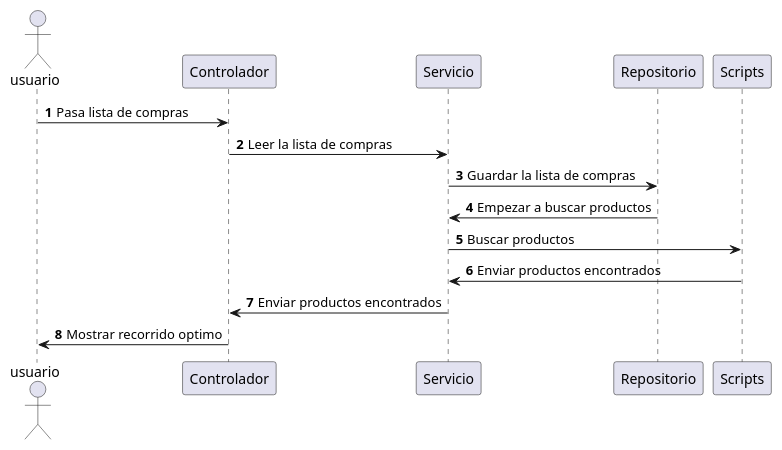
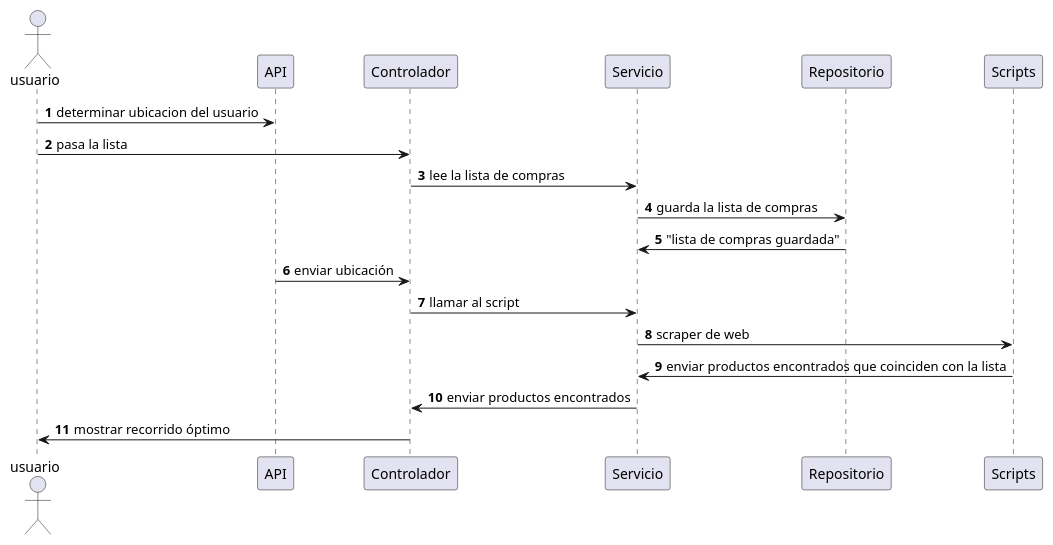
Before and after one commit to sssdark302/nurburgring: the diagram in UMLs/secuencia.puml, drawn with PlantUML. The commit also changed 2 other files, not shown here.

```diff
--- a/UMLs/secuencia.puml
+++ b/UMLs/secuencia.puml
@@ -1,13 +1,16 @@
 @startuml
 autonumber
 actor usuario
-usuario -> "Controlador" : Pasa lista de compras
-"Controlador" -> "Servicio" : Leer la lista de compras
-"Servicio" -> "Repositorio" : Guardar la lista de compras
-"Repositorio" -> "Servicio" : Empezar a buscar productos
-"Servicio" -> "Scripts" : Buscar productos
-"Scripts" -> "Servicio" : Enviar productos encontrados
-"Servicio" -> "Controlador" : Enviar productos encontrados
-"Controlador" -> usuario : Mostrar recorrido optimo
+usuario -> "API" : determinar ubicacion del usuario
+usuario -> "Controlador" : pasa la lista
+"Controlador" -> "Servicio" : lee la lista de compras
+"Servicio" -> "Repositorio" : guarda la lista de compras
+"Repositorio" -> "Servicio" : "lista de compras guardada"
+"API" -> "Controlador": enviar ubicación
+"Controlador" -> "Servicio" : llamar al script
+"Servicio" -> "Scripts" : scraper de web
+"Scripts" -> "Servicio" : enviar productos encontrados que coinciden con la lista
+"Servicio" -> "Controlador" : enviar productos encontrados
+"Controlador" -> usuario : mostrar recorrido óptimo
 
 @enduml
```
